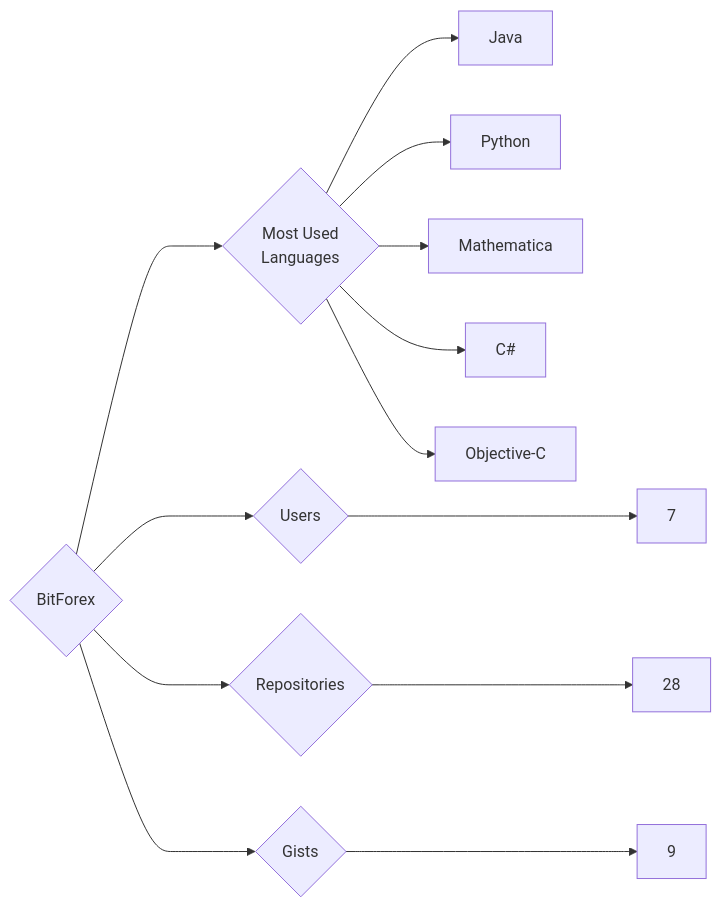
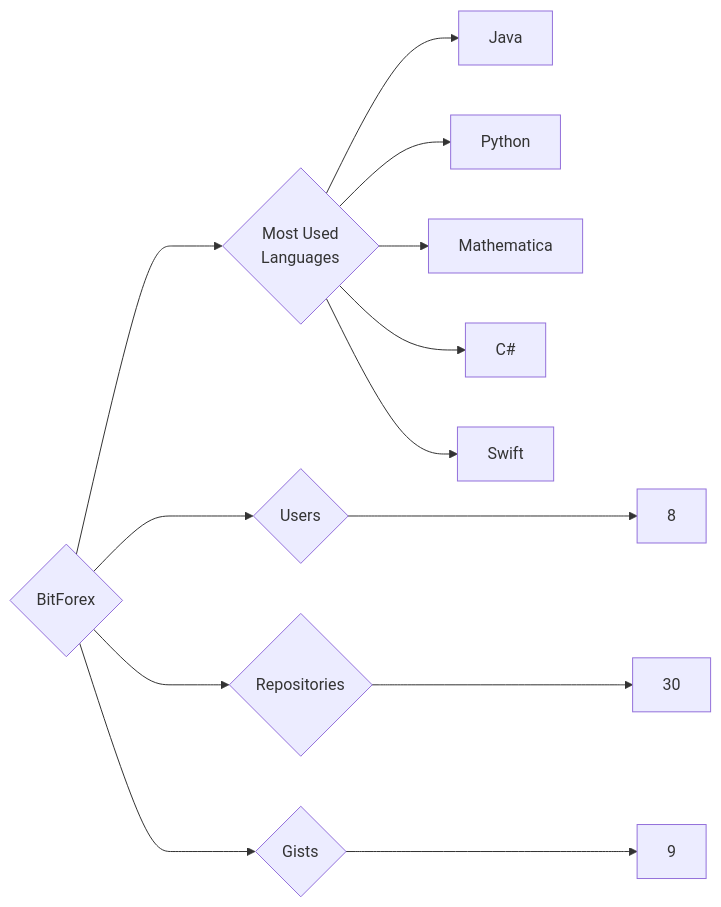
The diagram in targets/BitForex/README.md (trickest/insiders), drawn with Mermaid before and after one commit. The commit also changed 1175 other files, not shown here.

````diff
--- a/targets/BitForex/README.md
+++ b/targets/BitForex/README.md
@@ -3,13 +3,13 @@
 ```mermaid
 graph LR
 COMPANY_NAME{BitForex}
-COMPANY_NAME ---> U{Users} ---> UN[7]
-COMPANY_NAME ---> R{Repositories} ---> RN[28]
+COMPANY_NAME ---> U{Users} ---> UN[8]
+COMPANY_NAME ---> R{Repositories} ---> RN[30]
 COMPANY_NAME ---> G{Gists} ---> GN[9]
 COMPANY_NAME ---> ML{Most Used<br>Languages}
 ML --> Java[Java]
 ML --> Python[Python]
 ML --> Mathematica[Mathematica]
 ML --> C#[C#]
-ML --> Objective-C[Objective-C]
+ML --> Swift[Swift]
 ```
````
